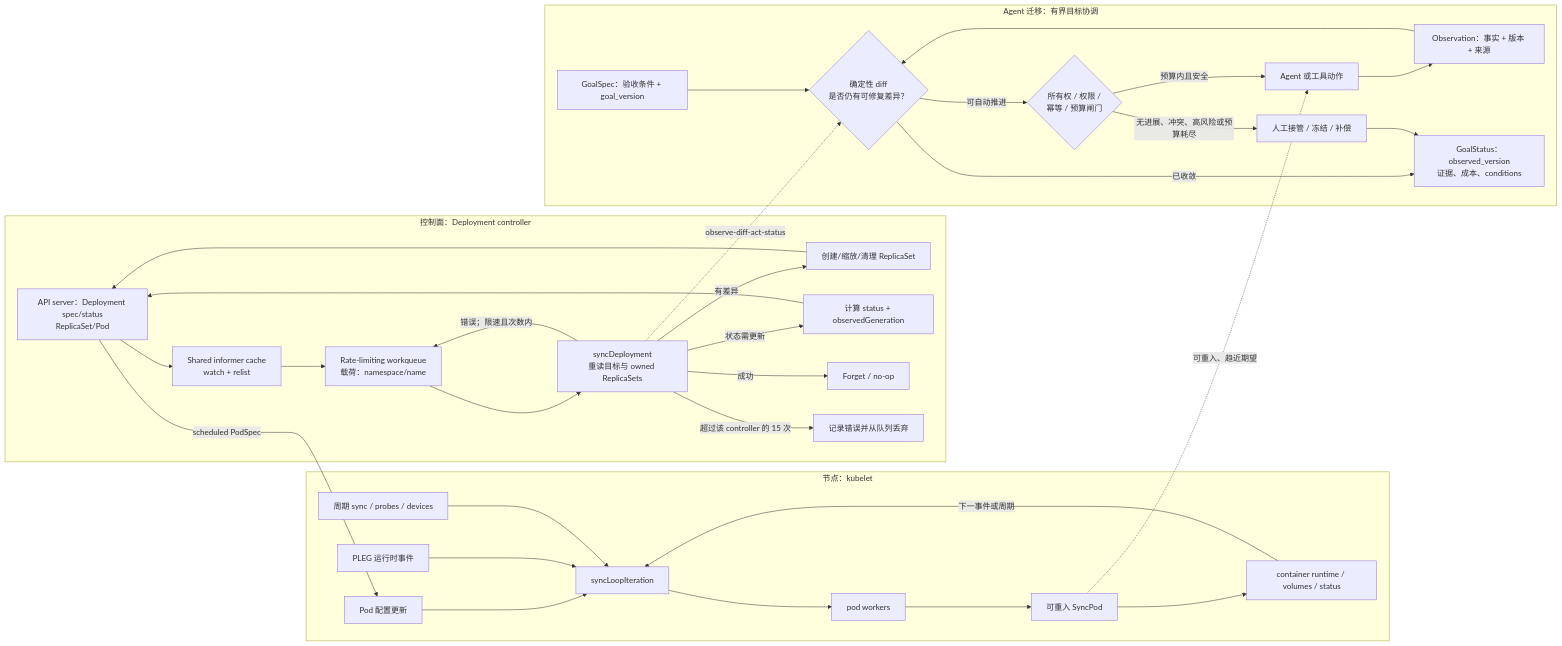
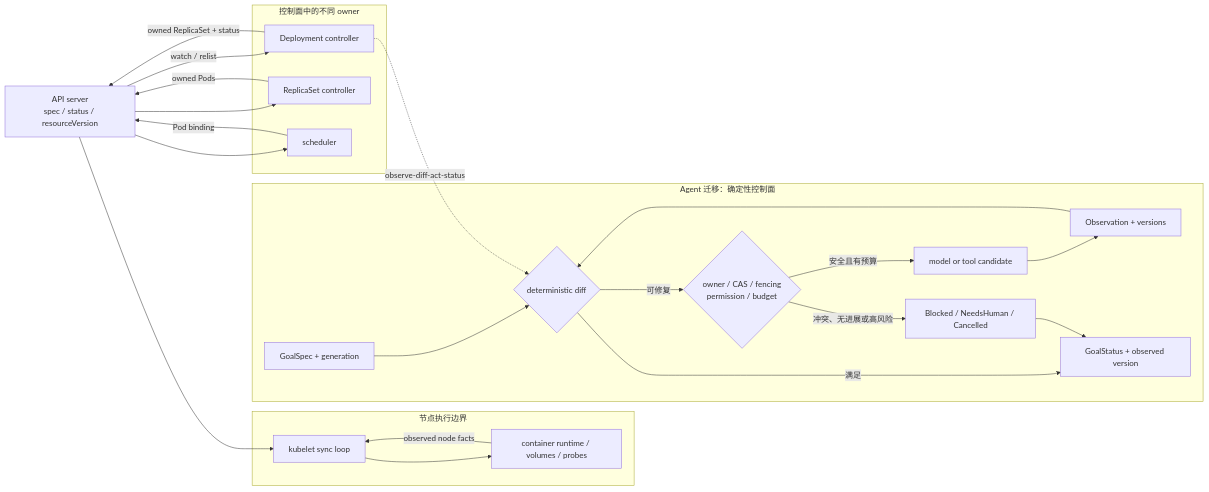
The diagram in content/cases/kubernetes-reconciliation-loop.mdx (sealday/agentic-architecture-atlas), drawn with Mermaid before and after one commit. The commit also changed other lines of this file and 3 other files, not shown here.

````diff
--- a/content/cases/kubernetes-reconciliation-loop.mdx
+++ b/content/cases/kubernetes-reconciliation-loop.mdx
@@ -125,53 +122,43 @@
 ```mermaid
 flowchart LR
-    subgraph CP["控制面：Deployment controller"]
-        API["API server：Deployment spec/status\nReplicaSet/Pod"]
-        INF["Shared informer cache\nwatch + relist"]
-        Q["Rate-limiting workqueue\n载荷：namespace/name"]
-        SD["syncDeployment\n重读目标与 owned ReplicaSets"]
-        ACT["创建/缩放/清理 ReplicaSet"]
-        ST["计算 status + observedGeneration"]
-        API --> INF --> Q --> SD
-        SD -->|"有差异"| ACT --> API
-        SD -->|"状态需更新"| ST --> API
-        SD -->|"成功"| NOOP["Forget / no-op"]
-        SD -->|"错误；限速且次数内"| Q
-        SD -->|"超过该 controller 的 15 次"| DROP["记录错误并从队列丢弃"]
+    API["API server\nspec / status / resourceVersion"]
+
+    subgraph CP["控制面中的不同 owner"]
+        DC["Deployment controller"]
+        RC["ReplicaSet controller"]
+        SCH["scheduler"]
     end
 
-    subgraph NODE["节点：kubelet"]
-        CFG["Pod 配置更新"]
-        PLEG["PLEG 运行时事件"]
-        TICK["周期 sync / probes / devices"]
-        LOOP["syncLoopIteration"]
-        PW["pod workers"]
-        SP["可重入 SyncPod"]
-        CRI["container runtime / volumes / status"]
-        CFG --> LOOP
-        PLEG --> LOOP
-        TICK --> LOOP
-        LOOP --> PW --> SP --> CRI
-        CRI -->|"下一事件或周期"| LOOP
+    subgraph NODE["节点执行边界"]
+        KL["kubelet sync loop"]
+        RT["container runtime / volumes / probes"]
     end
 
-    API -->|"scheduled PodSpec"| CFG
+    API -->|"watch / relist"| DC
+    DC -->|"owned ReplicaSet + status"| API
+    API --> RC
+    RC -->|"owned Pods"| API
+    API --> SCH
+    SCH -->|"Pod binding"| API
+    API --> KL
+    KL --> RT
+    RT -->|"observed node facts"| KL
 
-    subgraph AG["Agent 迁移：有界目标协调"]
-        GS["GoalSpec：验收条件 + goal_version"]
-        OB["Observation：事实 + 版本 + 来源"]
-        DF{"确定性 diff\n是否仍有可修复差异？"}
-        POL{"所有权 / 权限 /\n幂等 / 预算闸门"}
-        TOOL["Agent 或工具动作"]
-        AS["GoalStatus：observed_version\n证据、成本、conditions"]
-        HUMAN["人工接管 / 冻结 / 补偿"]
+    subgraph AG["Agent 迁移：确定性控制面"]
+        GS["GoalSpec + generation"]
+        OB["Observation + versions"]
+        DF{"deterministic diff"}
+        POL{"owner / CAS / fencing\npermission / budget"}
+        ACT["model or tool candidate"]
+        ST["GoalStatus + observed version"]
+        H["Blocked / NeedsHuman / Cancelled"]
         GS --> DF
         OB --> DF
-        DF -->|"已收敛"| AS
-        DF -->|"可自动推进"| POL
-        POL -->|"预算内且安全"| TOOL --> OB
-        POL -->|"无进展、冲突、高风险或预算耗尽"| HUMAN --> AS
+        DF -->|"满足"| ST
+        DF -->|"可修复"| POL
+        POL -->|"安全且有预算"| ACT --> OB
+        POL -->|"冲突、无进展或高风险"| H --> ST
     end
 
-    SD -. "observe-diff-act-status" .-> DF
-    SP -. "可重入、趋近期望" .-> TOOL
+    DC -. "observe-diff-act-status" .-> DF
 ```
````
